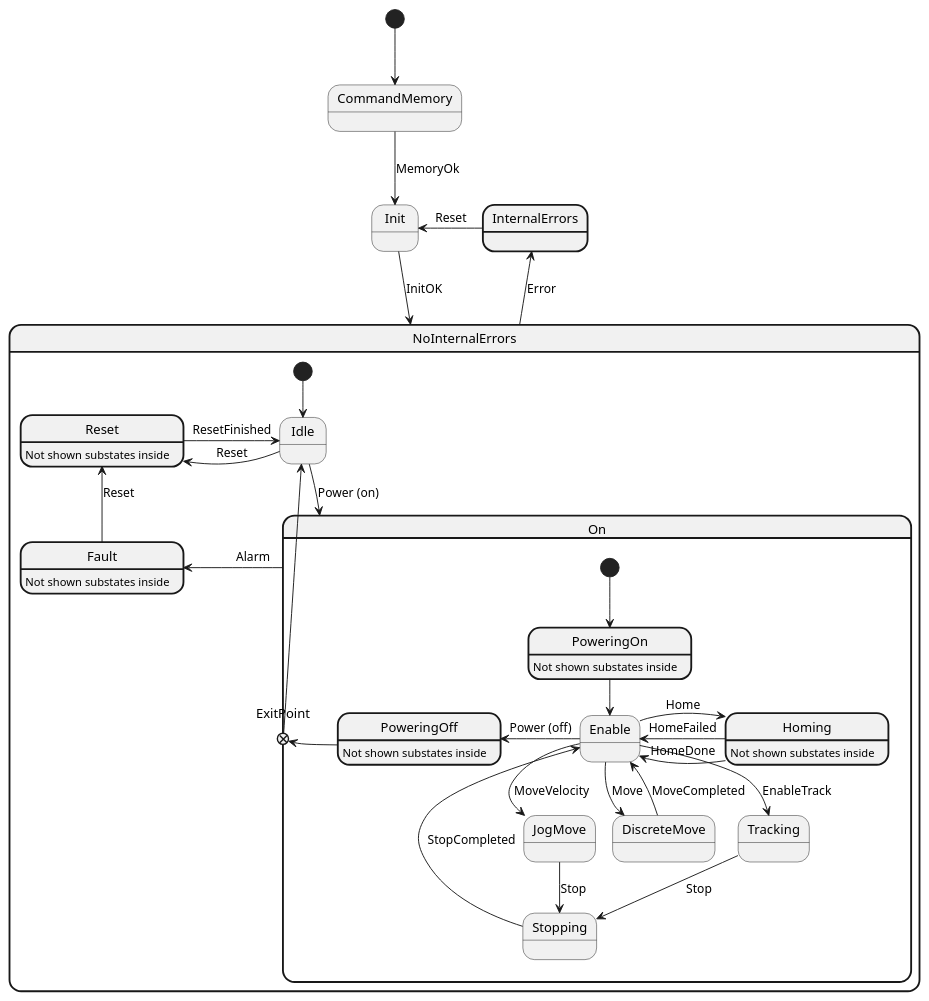
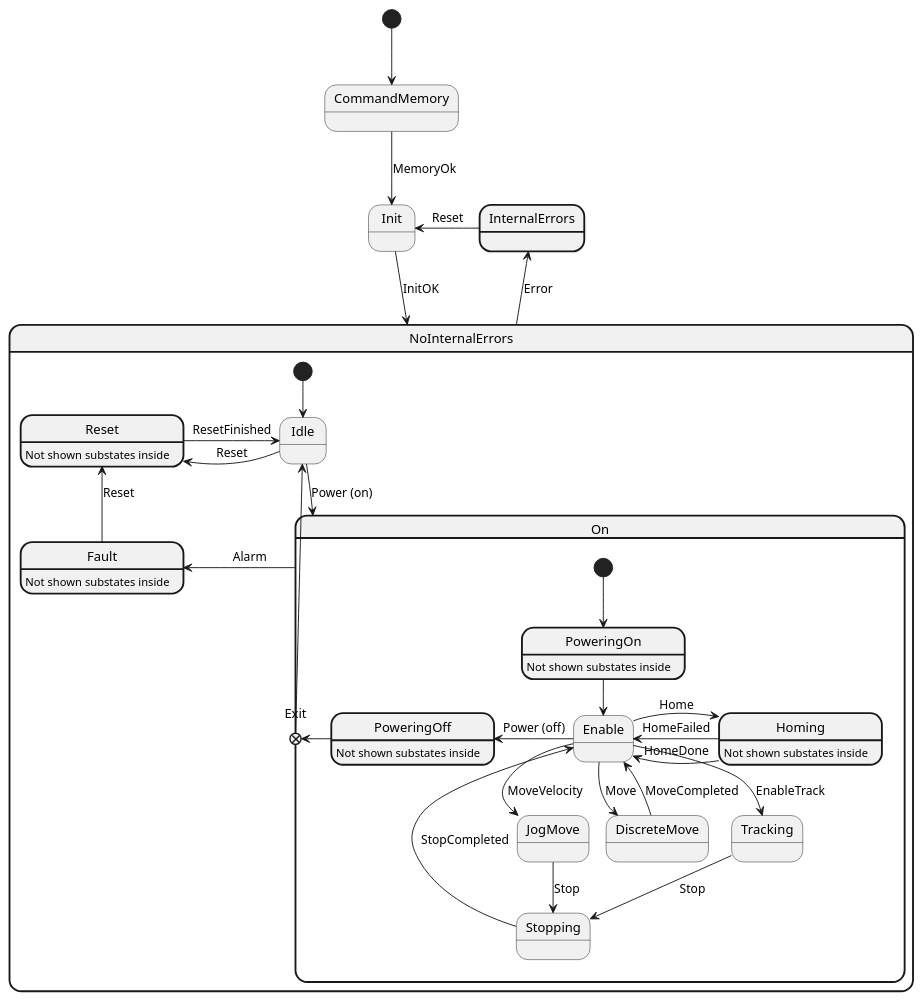
The first of 4 diagrams in 10 Subsystems Azimuth and Elevacion/04 State Machine.md (lsst-ts/ts_tma_tma-documentation_pxi-controller_documentation), drawn with PlantUML before and after one commit.

Commit message:
fix: solve bug in plantuml diagram for the 10 Subsystems Azimuth and Elevacion/04 State Machine.md

````diff
--- a/10 Subsystems Azimuth and Elevacion/04 State Machine.md
+++ b/10 Subsystems Azimuth and Elevacion/04 State Machine.md
@@ -5,63 +5,63 @@
 ```plantuml
 @startuml
 
 state NoInternalErrors ##[bold]{
   
   state Idle  
   state On ##[bold] {
     state PoweringOn ##[bold]
     PoweringOn : Not shown substates inside
     state Enable
     state DiscreteMove
     state JogMove
     state Homing ##[bold]
     Homing : Not shown substates inside
     state Tracking
     state Stopping
     state PoweringOff ##[bold]
     PoweringOff : Not shown substates inside
-    state ExitPoint <<exitPoint>> 
+    state Exit<<exitPoint>>
     
     [*] --> PoweringOn
     PoweringOn --> Enable
     Enable --> DiscreteMove : Move
     DiscreteMove --> Enable : MoveCompleted
     Enable --> JogMove : MoveVelocity
     JogMove --> Stopping : Stop
     Stopping -left-> Enable : StopCompleted
     Enable -right-> Homing : Home
     Enable --> Tracking : EnableTrack
     Homing -left-> Enable : HomeDone
     Homing -left-> Enable : HomeFailed    
     Tracking --> Stopping : Stop
     Enable -left-> PoweringOff : Power (off)
-    PoweringOff -left-> ExitPoint
+    PoweringOff -left-> Exit
     
   }
   state Fault ##[bold]
   Fault : Not shown substates inside
   state Reset##[bold]
   Reset : Not shown substates inside
 
   [*] --> Idle
   Idle -down-> On : Power (on)
   On -left-> Fault : Alarm
   Fault -up-> Reset : Reset
   Idle -left-> Reset : Reset
   Reset -right-> Idle : ResetFinished
-  ExitPoint -up-> Idle
+  Exit -up-> Idle
  
 }
 
 state InternalErrors ##[bold]
 state CommandMemory
 state Init
 
 [*] -down-> CommandMemory
 CommandMemory -down-> Init : MemoryOk
 Init -down-> NoInternalErrors : InitOK
 NoInternalErrors -up-> InternalErrors : Error
 InternalErrors -left-> Init : Reset
 
 @enduml
 ```
````
